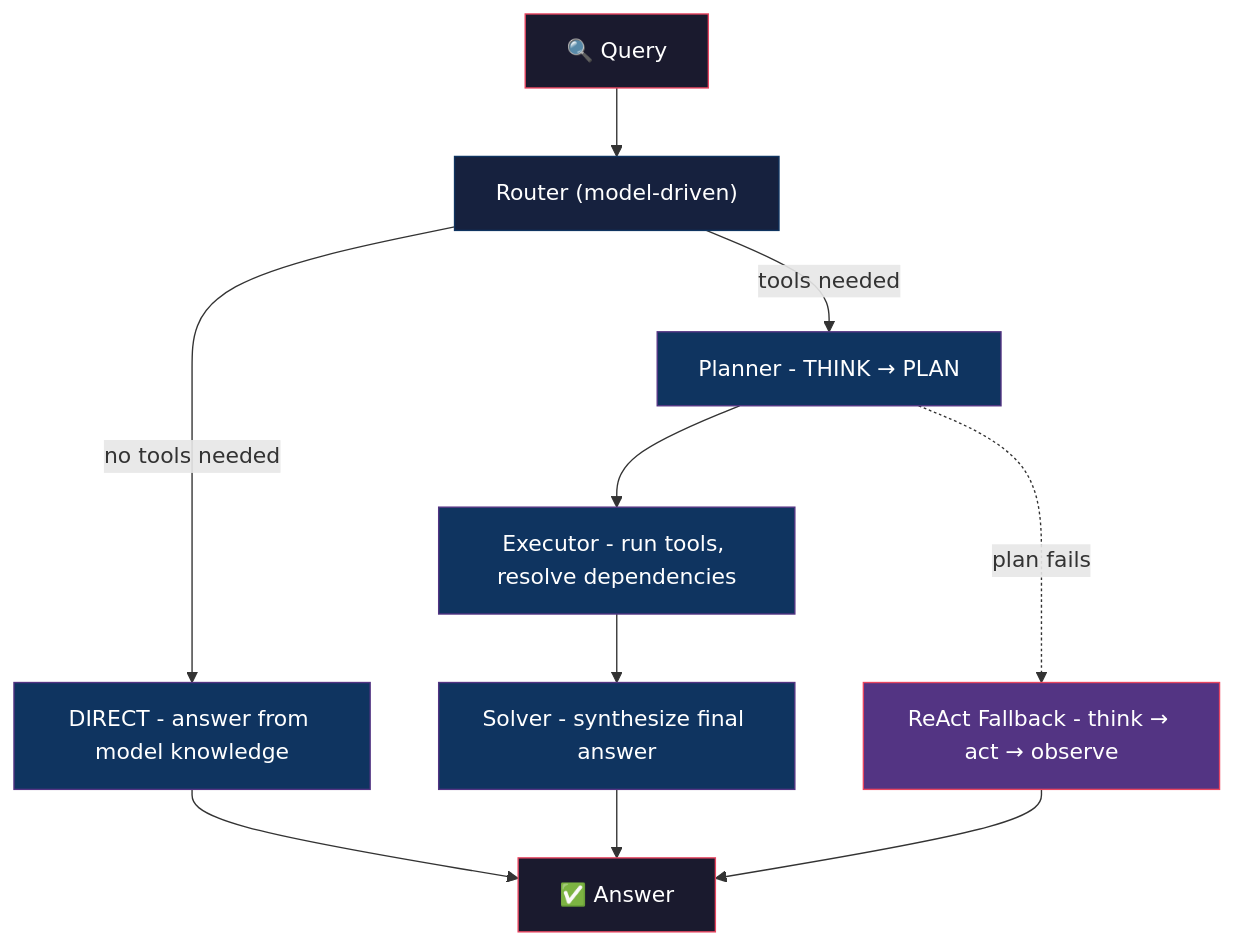
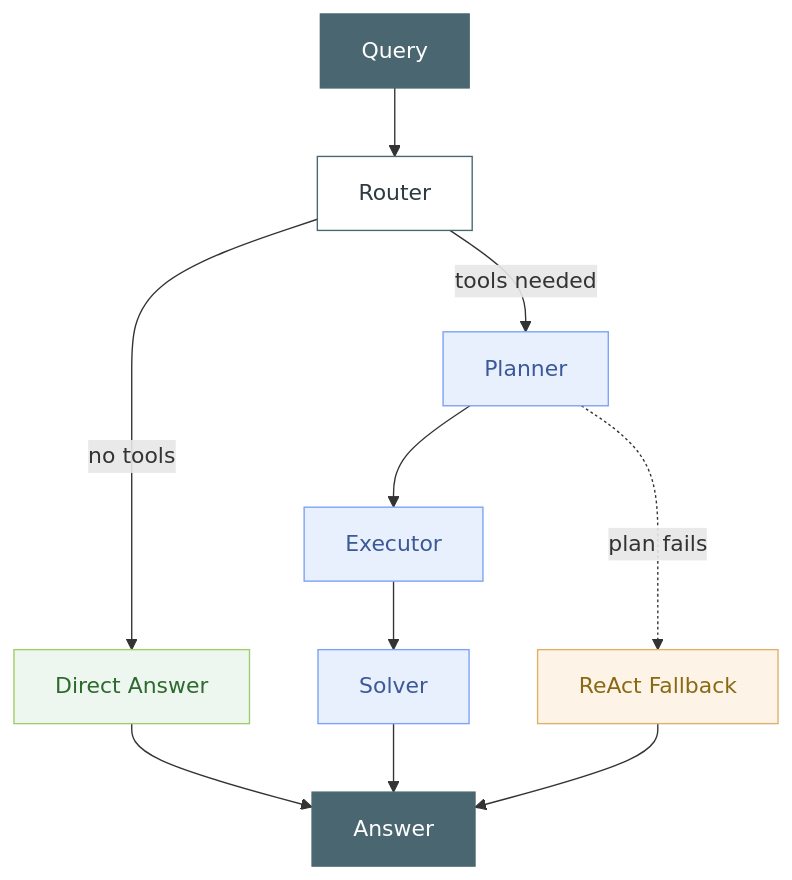
One commit to riyanshibohra/OnsetLab changed the diagram in README.md. Above: the diagram before and after it, drawn with Mermaid.

````diff
--- a/README.md
+++ b/README.md
@@ -68,25 +68,25 @@
 ```mermaid
 flowchart TD
-    Q["🔍 Query"] --> R["Router (model-driven)"]
+    Q["Query"] --> R["Router"]
 
-    R -->|"no tools needed"| D["DIRECT - answer from model knowledge"]
-    R -->|"tools needed"| P["Planner - THINK → PLAN"]
+    R -->|"tools needed"| P["Planner"]
+    R -->|"no tools"| D["Direct Answer"]
 
-    P --> E["Executor - run tools, resolve dependencies"]
-    E --> S["Solver - synthesize final answer"]
+    P --> E["Executor"]
+    E --> S["Solver"]
 
-    P -. "plan fails" .-> RE["ReAct Fallback - think → act → observe"]
+    P -. "plan fails" .-> RE["ReAct Fallback"]
 
-    D --> A["✅ Answer"]
+    D --> A["Answer"]
     S --> A
     RE --> A
 
-    style Q fill:#1a1a2e,stroke:#e94560,color:#fff
-    style R fill:#16213e,stroke:#0f3460,color:#fff
-    style D fill:#0f3460,stroke:#533483,color:#fff
-    style P fill:#0f3460,stroke:#533483,color:#fff
-    style E fill:#0f3460,stroke:#533483,color:#fff
-    style S fill:#0f3460,stroke:#533483,color:#fff
-    style RE fill:#533483,stroke:#e94560,color:#fff
-    style A fill:#1a1a2e,stroke:#e94560,color:#fff
+    style Q fill:#4a6670,stroke:#4a6670,color:#fff
+    style R fill:#fff,stroke:#4a6670,color:#2d3b40
+    style P fill:#e8f0fe,stroke:#7aa2f7,color:#3b5998
+    style E fill:#e8f0fe,stroke:#7aa2f7,color:#3b5998
+    style S fill:#e8f0fe,stroke:#7aa2f7,color:#3b5998
+    style D fill:#edf7ef,stroke:#9ece6a,color:#2d6a2e
+    style RE fill:#fdf4e7,stroke:#e0af68,color:#8a6914
+    style A fill:#4a6670,stroke:#4a6670,color:#fff
 ```
````
